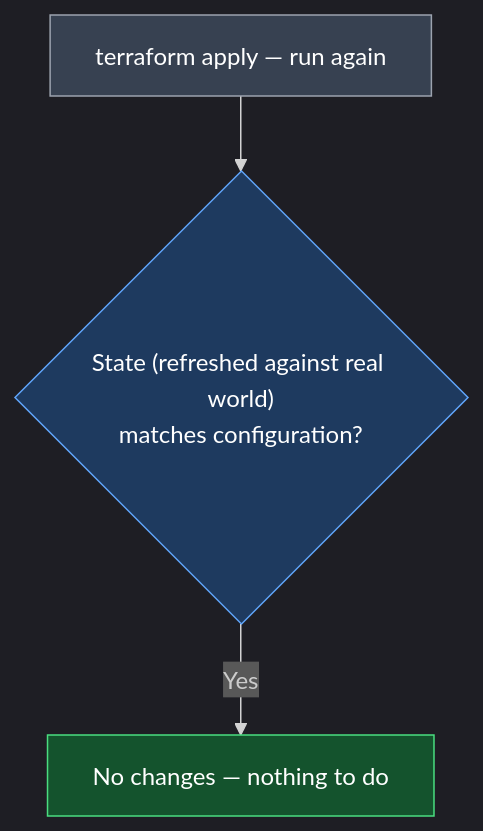
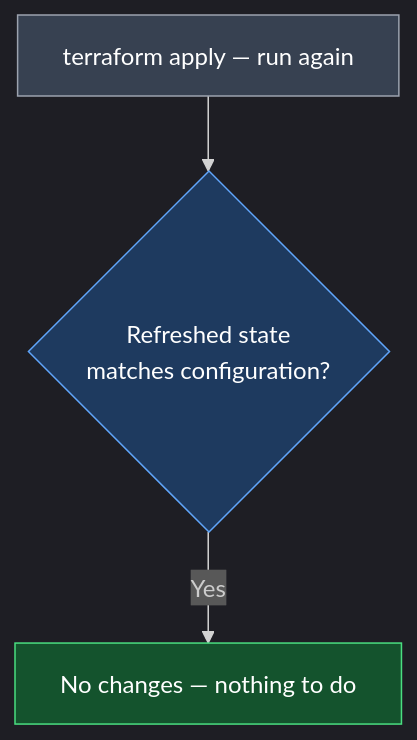
The third of 4 diagrams in 05_Terraform_State/01_Terraform_State.md (nirajp82/Terraform_Basics), drawn with Mermaid before and after one commit. The commit also changed other lines of this file, not shown here.

First line of the commit message:
Rewrite Terraform State lesson in expository prose, remove chat framing

````diff
--- a/05_Terraform_State/01_Terraform_State.md
+++ b/05_Terraform_State/01_Terraform_State.md
@@ -196,10 +178,10 @@
 ```mermaid
 %%{init: {'theme': 'dark', 'flowchart': {'htmlLabels': true}}}%%
 flowchart TD
-    APPLY2["terraform apply — run again"] --> CHECK{"State (refreshed against real world)<br>matches configuration?"}
+    APPLY2["terraform apply — run again"] --> CHECK{"Refreshed state<br>matches configuration?"}
     CHECK -->|"Yes"| NOOP["No changes — nothing to do"]
 
     style APPLY2 fill:#374151,stroke:#9ca3af,color:#ffffff
     style CHECK fill:#1e3a5f,stroke:#60a5fa,color:#ffffff
     style NOOP fill:#14532d,stroke:#4ade80,color:#ffffff
 ```
````
